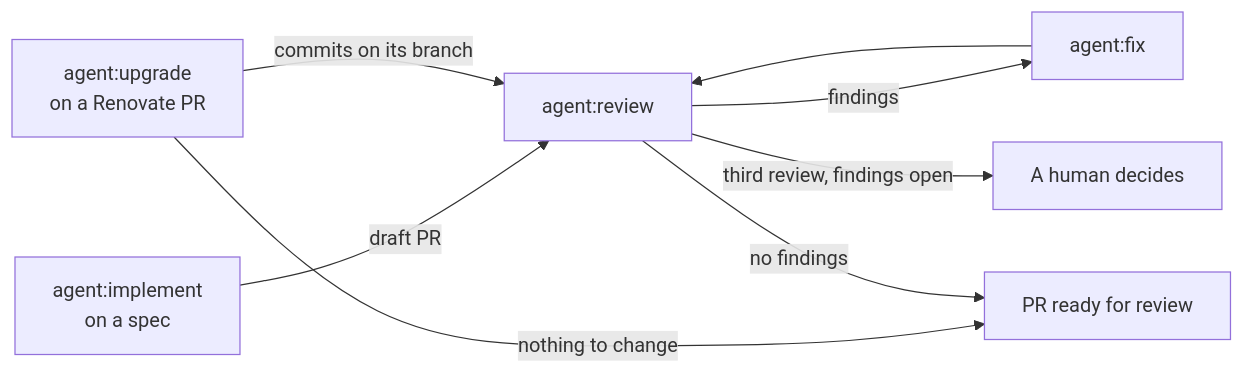
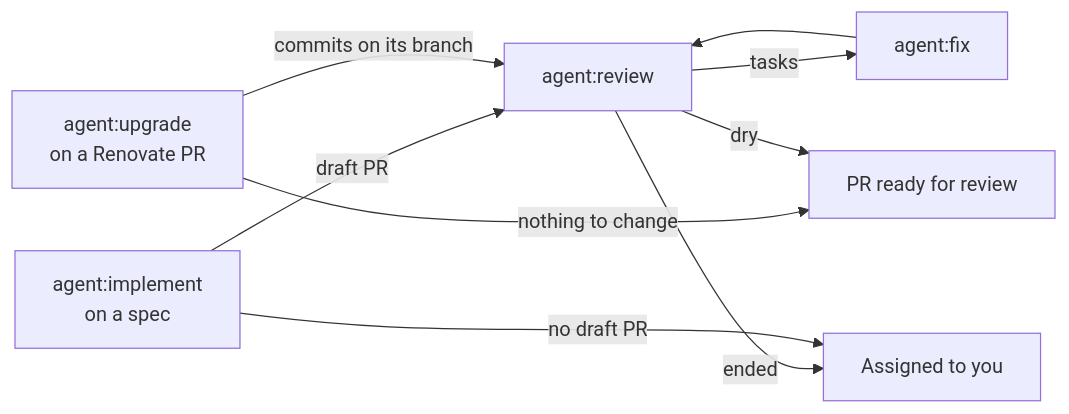
One commit to jd-solanki/ai changed the second of 2 diagrams in apps/software-factory/README.md. Above: the diagram before and after it, drawn with Mermaid. The commit also changed other lines of this file and 10 other files, not shown here.

````diff
--- a/apps/software-factory/README.md
+++ b/apps/software-factory/README.md
@@ -127,9 +128,10 @@
 ```mermaid
 flowchart LR
   I["agent:implement<br/>on a spec"] -->|"draft PR"| R["agent:review"]
   A["agent:upgrade<br/>on a Renovate PR"] -->|"commits on its branch"| R
   A -->|"nothing to change"| D
-  R -->|"findings"| X["agent:fix"] --> R
-  R -->|"no findings"| D["PR ready for review"]
-  R -->|"third review, findings open"| H["A human decides"]
+  R -->|"tasks"| X["agent:fix"] --> R
+  R -->|"dry"| D["PR ready for review"]
+  R -->|"ended"| H["Assigned to you"]
+  I -->|"no draft PR"| H
 ```
````
